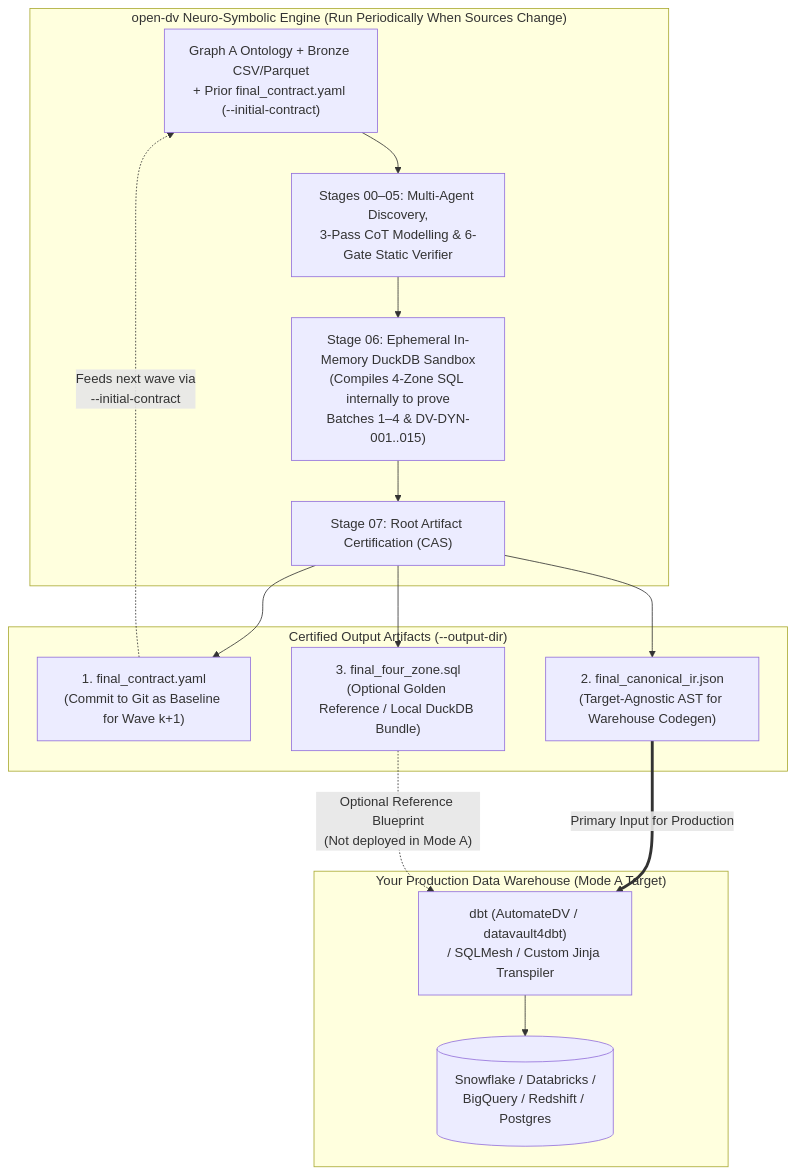
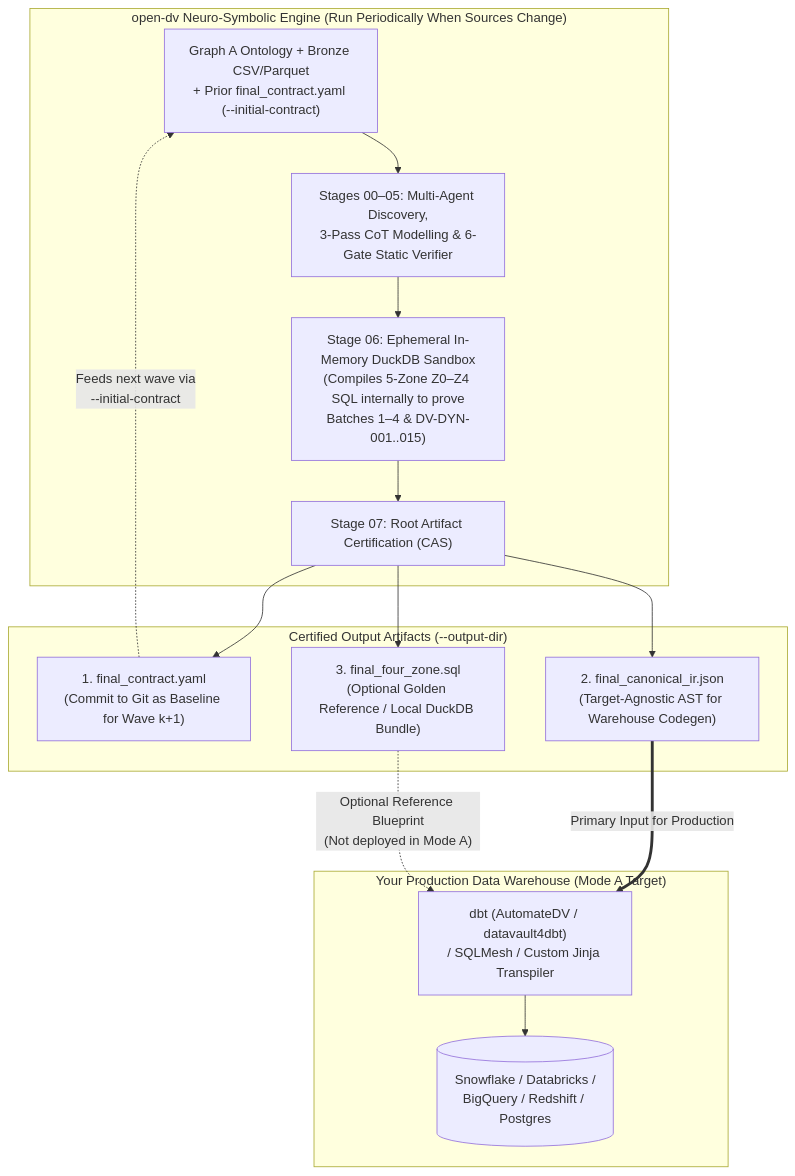
Before and after one commit to nogoo9/open-dv: the first of 2 diagrams in docs/16-human-and-agent-usage-guide.md, drawn with Mermaid. The commit also changed other lines of this file and 611 other files, not shown here.

First line of the commit message:
feat: add unified 6-step ontology pipeline wizard and DV schema explorer (#245)

````diff
--- a/docs/16-human-and-agent-usage-guide.md
+++ b/docs/16-human-and-agent-usage-guide.md
@@ -97,27 +98,27 @@
 ```mermaid
 flowchart TB
     subgraph OpenDV ["open-dv Neuro-Symbolic Engine (Run Periodically When Sources Change)"]
         IN["Graph A Ontology + Bronze CSV/Parquet\n+ Prior final_contract.yaml (--initial-contract)"]
         S04["Stages 00–05: Multi-Agent Discovery,\n3-Pass CoT Modelling & 6-Gate Static Verifier"]
-        S06["Stage 06: Ephemeral In-Memory DuckDB Sandbox\n(Compiles 4-Zone SQL internally to prove\nBatches 1–4 & DV-DYN-001..015)"]
+        S06["Stage 06: Ephemeral In-Memory DuckDB Sandbox\n(Compiles 5-Zone Z0–Z4 SQL internally to prove\nBatches 1–4 & DV-DYN-001..015)"]
         S07["Stage 07: Root Artifact Certification (CAS)"]
         IN --> S04 --> S06 --> S07
     end
 
     subgraph Deliverables ["Certified Output Artifacts (--output-dir)"]
         CONTRACT["1. final_contract.yaml\n(Commit to Git as Baseline for Wave k+1)"]
         CIR["2. final_canonical_ir.json\n(Target-Agnostic AST for Warehouse Codegen)"]
         SQL["3. final_four_zone.sql\n(Optional Golden Reference / Local DuckDB Bundle)"]
     end
 
     subgraph ProdDW ["Your Production Data Warehouse (Mode A Target)"]
         DBT["dbt (AutomateDV / datavault4dbt)\n/ SQLMesh / Custom Jinja Transpiler"]
         DW[("Snowflake / Databricks /\nBigQuery / Redshift / Postgres")]
         DBT --> DW
     end
 
     S07 --> CONTRACT & CIR & SQL
     CONTRACT -. "Feeds next wave via\n--initial-contract" .-> IN
     CIR ==>|"Primary Input for Production"| DBT
     SQL -. "Optional Reference Blueprint\n(Not deployed in Mode A)" .-> DBT
 ```
````
